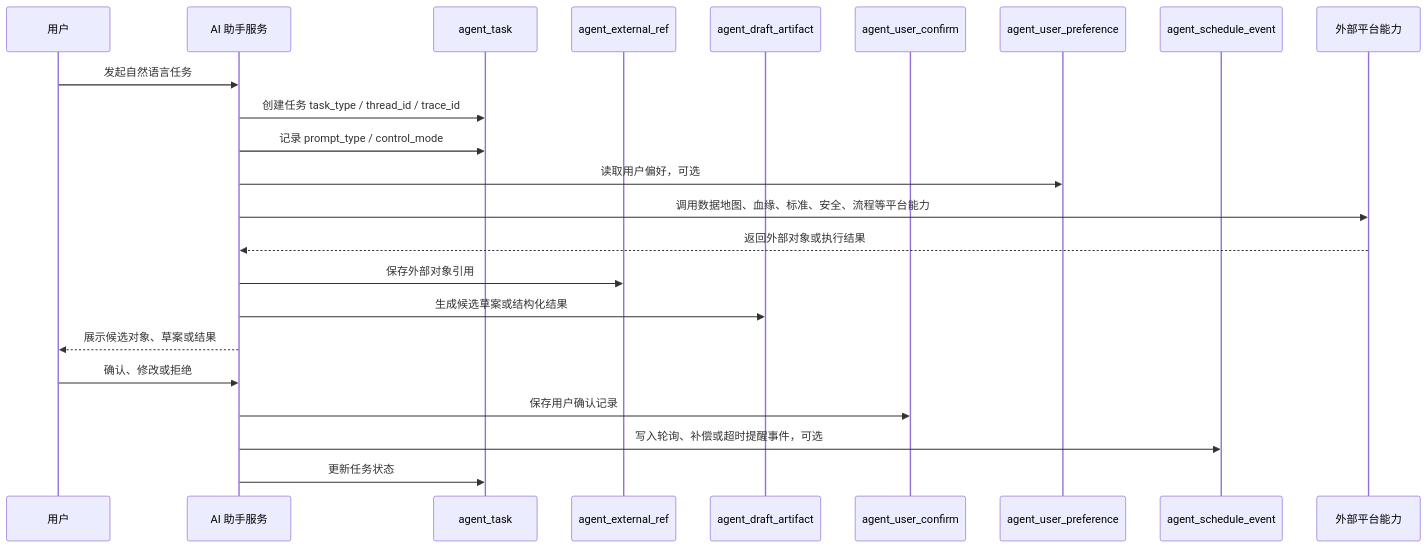
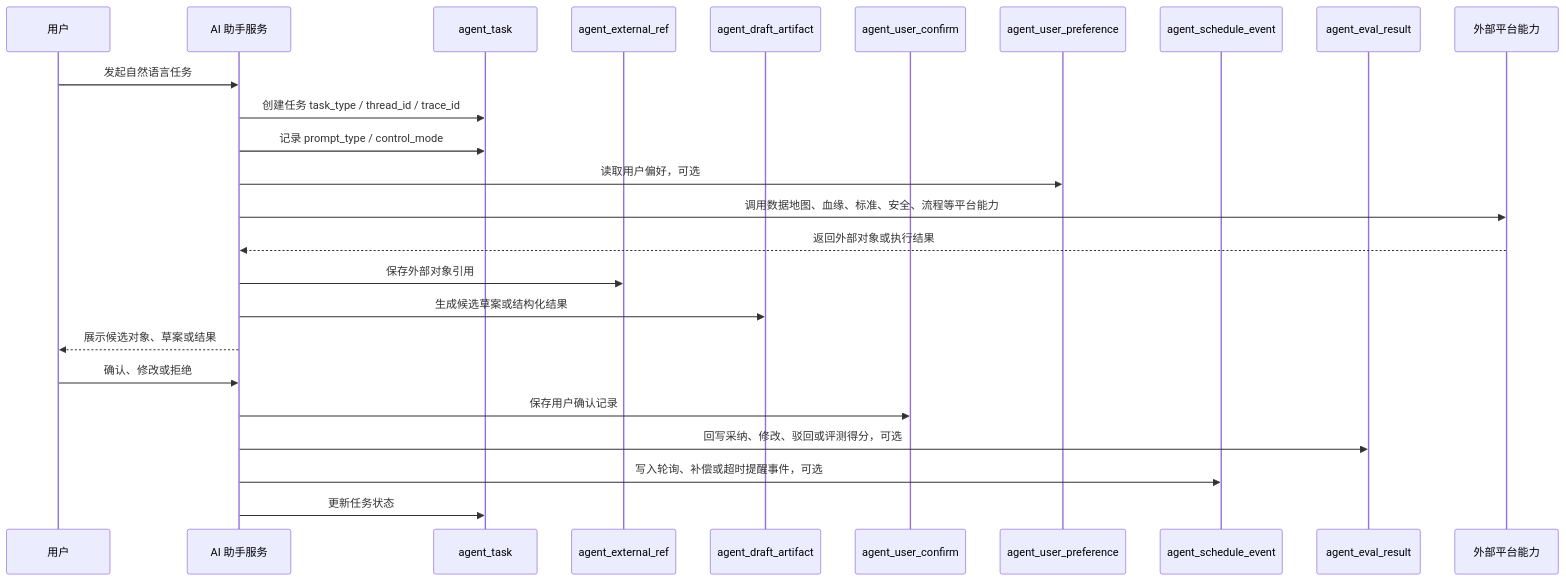
The second of 2 diagrams in 数据资产助手/06-架构设计/02-数据资产助手数据架构设计.md (ShaneLiu001/dataasset), drawn with Mermaid before and after one commit. The commit also changed other lines of this file and 6 other files, not shown here.

````diff
--- a/数据资产助手/06-架构设计/02-数据资产助手数据架构设计.md
+++ b/数据资产助手/06-架构设计/02-数据资产助手数据架构设计.md
@@ -453,26 +503,28 @@
 ```mermaid
 sequenceDiagram
   participant U as 用户
   participant A as AI 助手服务
   participant T as agent_task
   participant R as agent_external_ref
   participant D as agent_draft_artifact
   participant C as agent_user_confirm
   participant P as agent_user_preference
   participant S as agent_schedule_event
+  participant E as agent_eval_result
   participant X as 外部平台能力
 
   U->>A: 发起自然语言任务
   A->>T: 创建任务 task_type / thread_id / trace_id
   A->>T: 记录 prompt_type / control_mode
   A->>P: 读取用户偏好，可选
   A->>X: 调用数据地图、血缘、标准、安全、流程等平台能力
   X-->>A: 返回外部对象或执行结果
   A->>R: 保存外部对象引用
   A->>D: 生成候选草案或结构化结果
   A-->>U: 展示候选对象、草案或结果
   U->>A: 确认、修改或拒绝
   A->>C: 保存用户确认记录
+  A->>E: 回写采纳、修改、驳回或评测得分，可选
   A->>S: 写入轮询、补偿或超时提醒事件，可选
   A->>T: 更新任务状态
 ```
````
